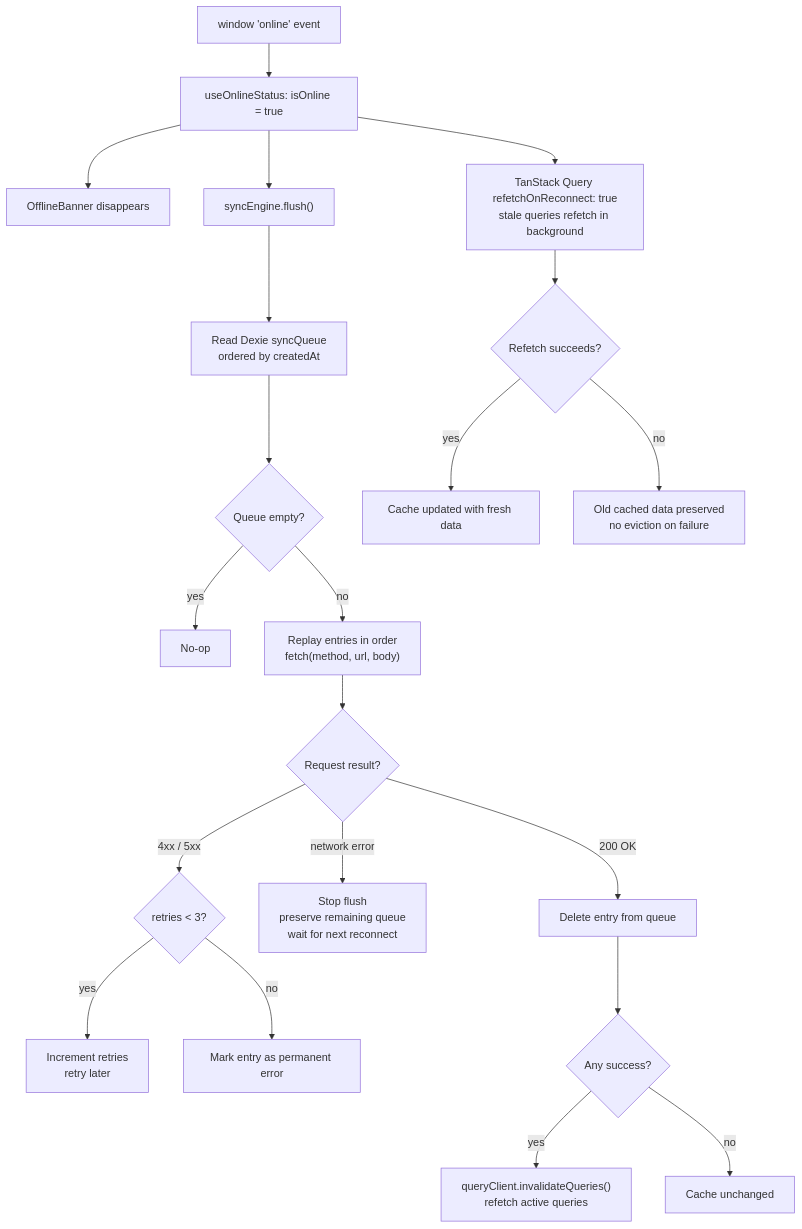
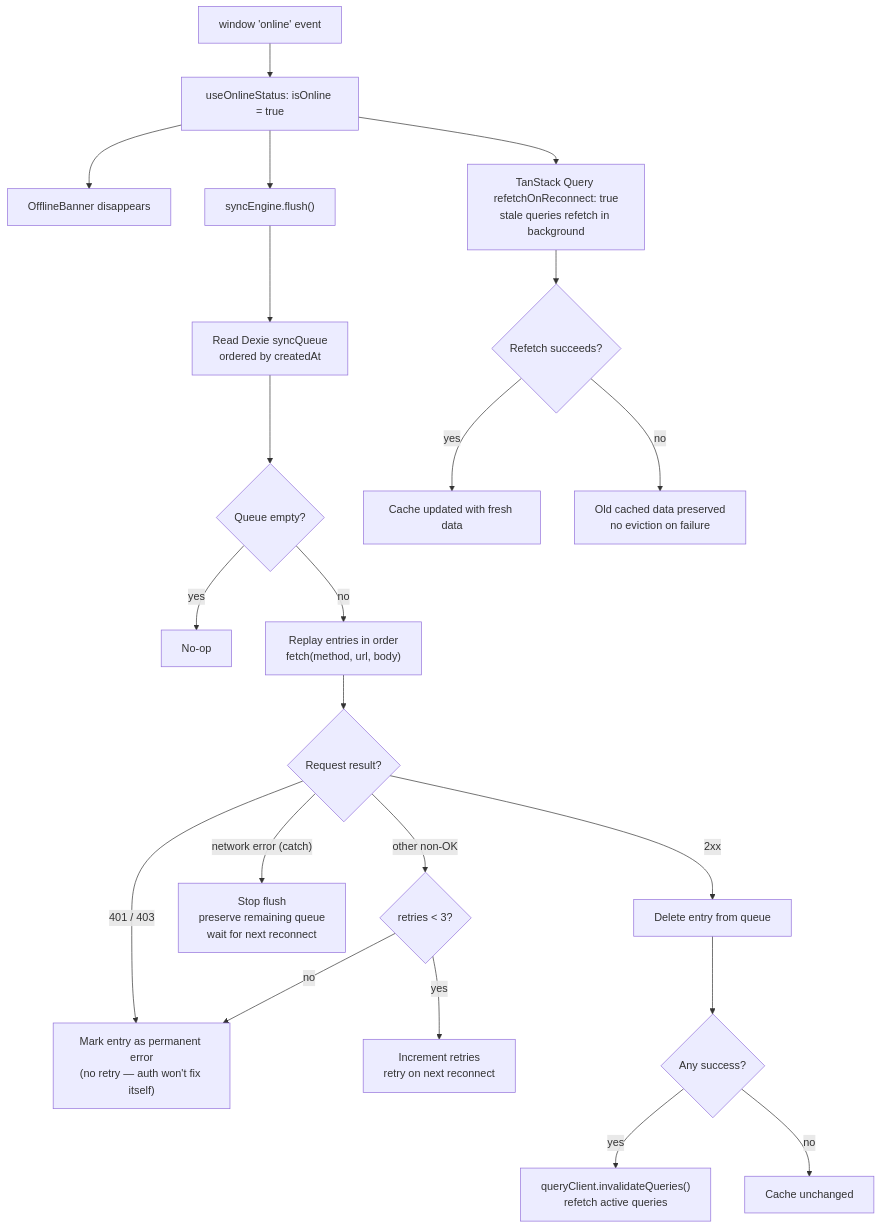
Before and after one commit to jolelievre/on-board: the second of 2 diagrams in docs/offline-architecture.md, drawn with Mermaid. The commit also changed other lines of this file, not shown here.

First line of the commit message:
docs(offline): correct stale references in offline-architecture

````diff
--- a/docs/offline-architecture.md
+++ b/docs/offline-architecture.md
@@ -116,27 +116,28 @@
 ```mermaid
 flowchart TD
     A["window 'online' event"] --> B["useOnlineStatus: isOnline = true"]
     B --> C["OfflineBanner disappears"]
     B --> D["syncEngine.flush()"]
 
     D --> E["Read Dexie syncQueue\nordered by createdAt"]
     E --> F{"Queue empty?"}
     F -- yes --> G["No-op"]
     F -- no --> H["Replay entries in order\nfetch(method, url, body)"]
 
     H --> I{"Request result?"}
-    I -- "200 OK" --> J["Delete entry from queue"]
-    I -- "network error" --> K["Stop flush\npreserve remaining queue\nwait for next reconnect"]
-    I -- "4xx / 5xx" --> L{"retries < 3?"}
-    L -- yes --> M["Increment retries\nretry later"]
-    L -- no --> N["Mark entry as permanent error"]
+    I -- "2xx" --> J["Delete entry from queue"]
+    I -- "network error (catch)" --> K["Stop flush\npreserve remaining queue\nwait for next reconnect"]
+    I -- "401 / 403" --> N["Mark entry as permanent error\n(no retry — auth won't fix itself)"]
+    I -- "other non-OK" --> L{"retries < 3?"}
+    L -- yes --> M["Increment retries\nretry on next reconnect"]
+    L -- no --> N
 
     J --> O{"Any success?"}
     O -- yes --> P["queryClient.invalidateQueries()\nrefetch active queries"]
     O -- no --> Q["Cache unchanged"]
 
     B --> R["TanStack Query refetchOnReconnect: true\nstale queries refetch in background"]
     R --> S{"Refetch succeeds?"}
     S -- yes --> T["Cache updated with fresh data"]
     S -- no --> U["Old cached data preserved\nno eviction on failure"]
 ```
````
